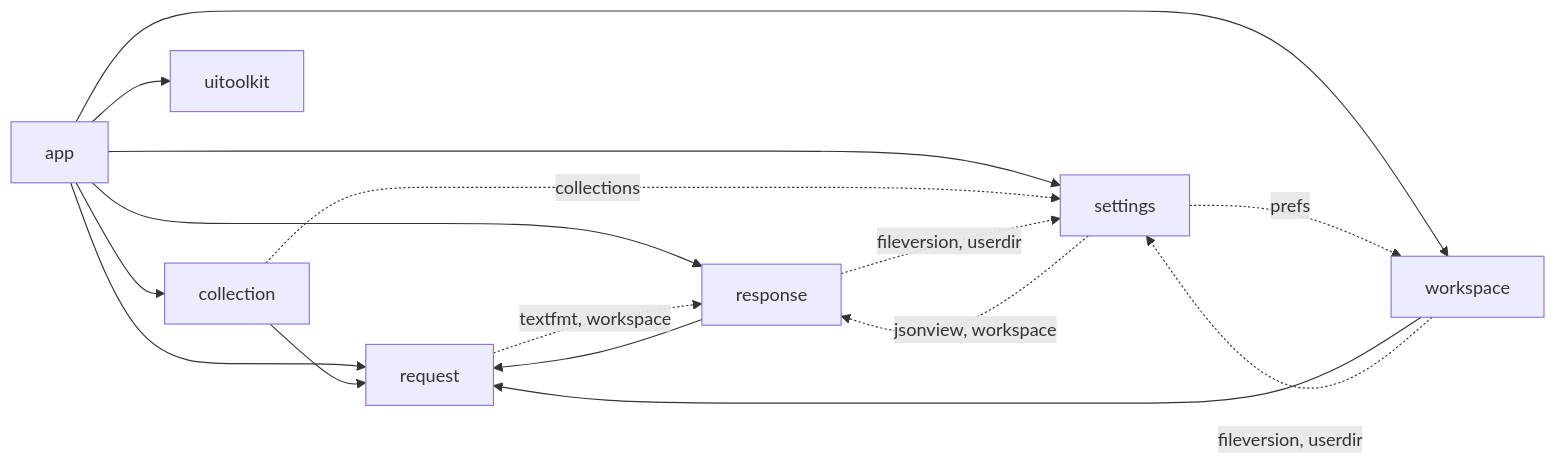
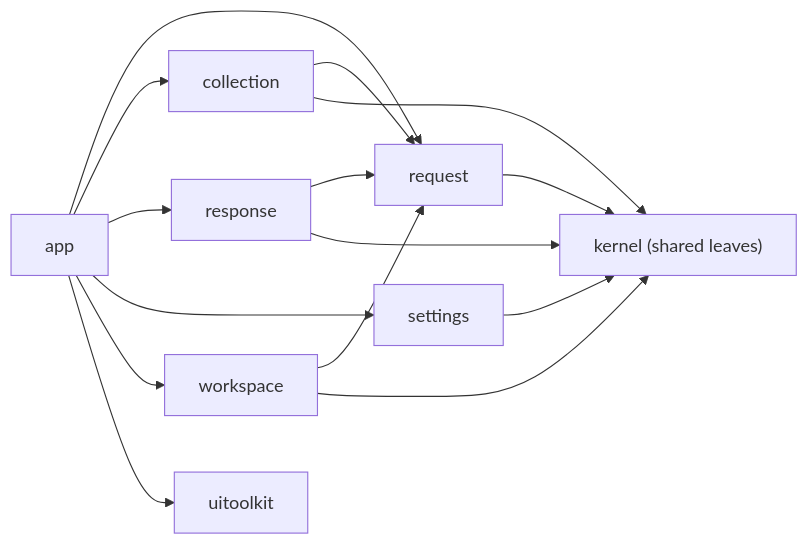
One commit to gascoigne-ai/gascoigne-workshop changed the second of 2 diagrams in .harness/architecture.md. Above: the diagram before and after it, drawn with Mermaid. The commit also changed other lines of this file and 99 other files, not shown here.

First line of the commit message:
refactor(kernel): shared leaf packages live in internal/kernel

````diff
--- a/.harness/architecture.md
+++ b/.harness/architecture.md
@@ -55,14 +56,10 @@
 ```mermaid
 flowchart LR
   app["app"] --> request & collection & response & settings & workspace
   app --> toolkit["uitoolkit"]
   collection --> request
   response --> request
   workspace --> request
-  request -. "textfmt, workspace" .-> response
-  settings -. "jsonview, workspace" .-> response
-  collection -. "collections" .-> settings
-  response -. "fileversion, userdir" .-> settings
-  workspace -. "fileversion, userdir" .-> settings
-  settings -. "prefs" .-> workspace
+  collection & response & settings & workspace --> kernel["kernel (shared leaves)"]
+  request --> kernel
 ```
````
